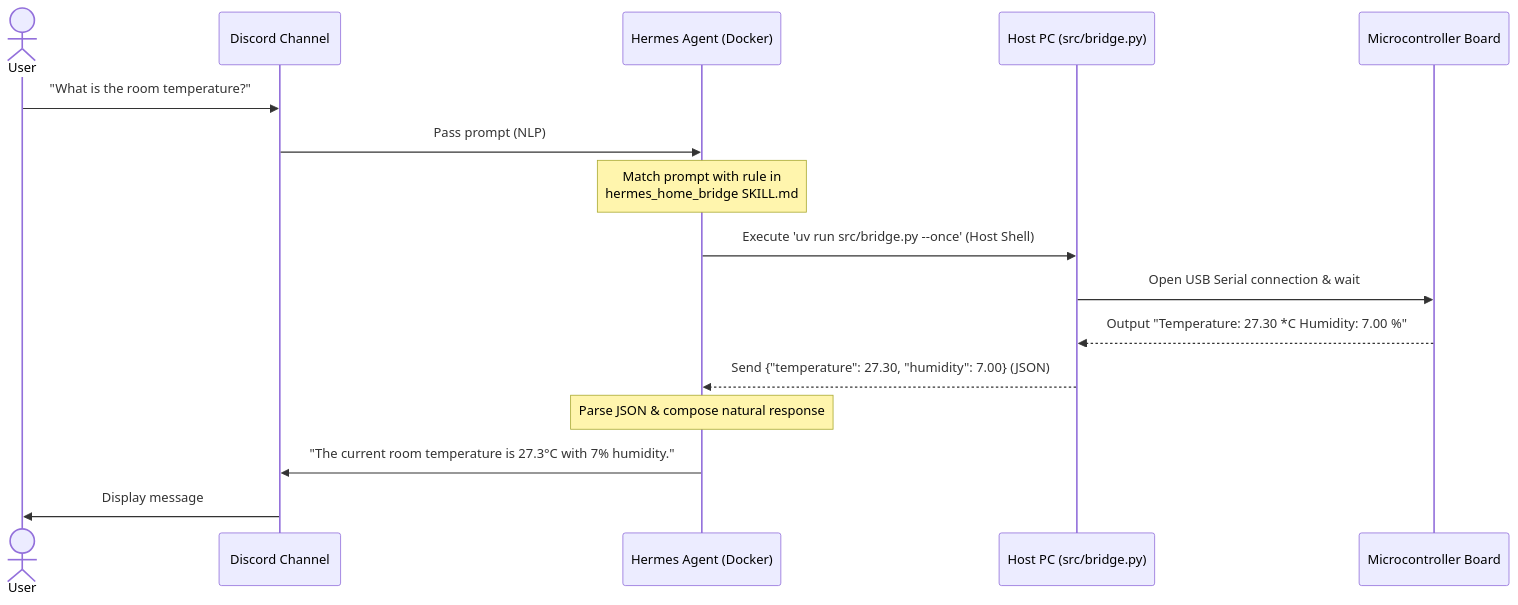
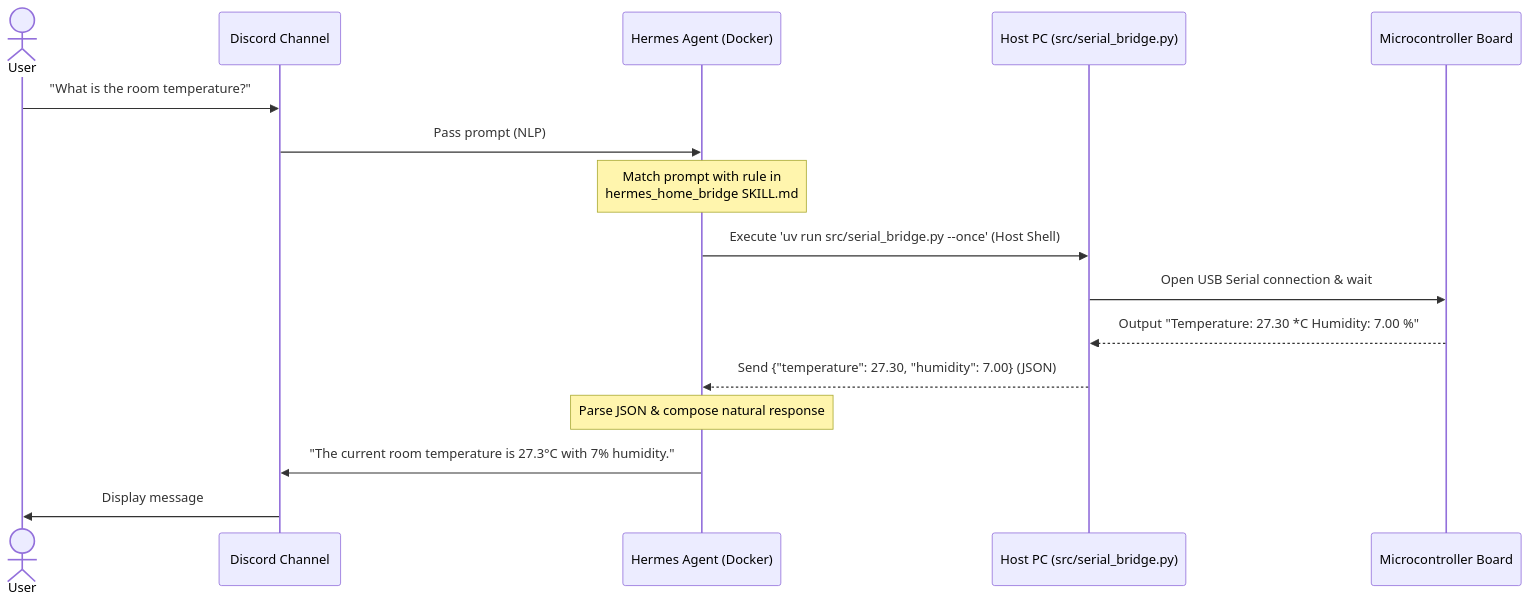
Before and after one commit to iCodePoet/hermes-home-bridge: the diagram in README.md, drawn with Mermaid. The commit also changed other lines of this file and 2 other files, not shown here.

Commit message:
refactor: rename bridge.py to serial_bridge.py for better modularity

````diff
--- a/README.md
+++ b/README.md
@@ -52,19 +52,19 @@
 ```mermaid
 sequenceDiagram
     actor User as User
     participant Discord as Discord Channel
     participant Hermes as Hermes Agent (Docker)
-    participant PC as Host PC (src/bridge.py)
+    participant PC as Host PC (src/serial_bridge.py)
     participant Board as Microcontroller Board
 
     User->>Discord: "What is the room temperature?"
     Discord->>Hermes: Pass prompt (NLP)
     Note over Hermes: Match prompt with rule in<br/>hermes_home_bridge SKILL.md
-    Hermes->>PC: Execute 'uv run src/bridge.py --once' (Host Shell)
+    Hermes->>PC: Execute 'uv run src/serial_bridge.py --once' (Host Shell)
     PC->>Board: Open USB Serial connection & wait
     Board-->>PC: Output "Temperature: 27.30 *C Humidity: 7.00 %"
     PC-->>Hermes: Send {"temperature": 27.30, "humidity": 7.00} (JSON)
     Note over Hermes: Parse JSON & compose natural response
     Hermes->>Discord: "The current room temperature is 27.3°C with 7% humidity."
     Discord->>User: Display message
 ```
````
